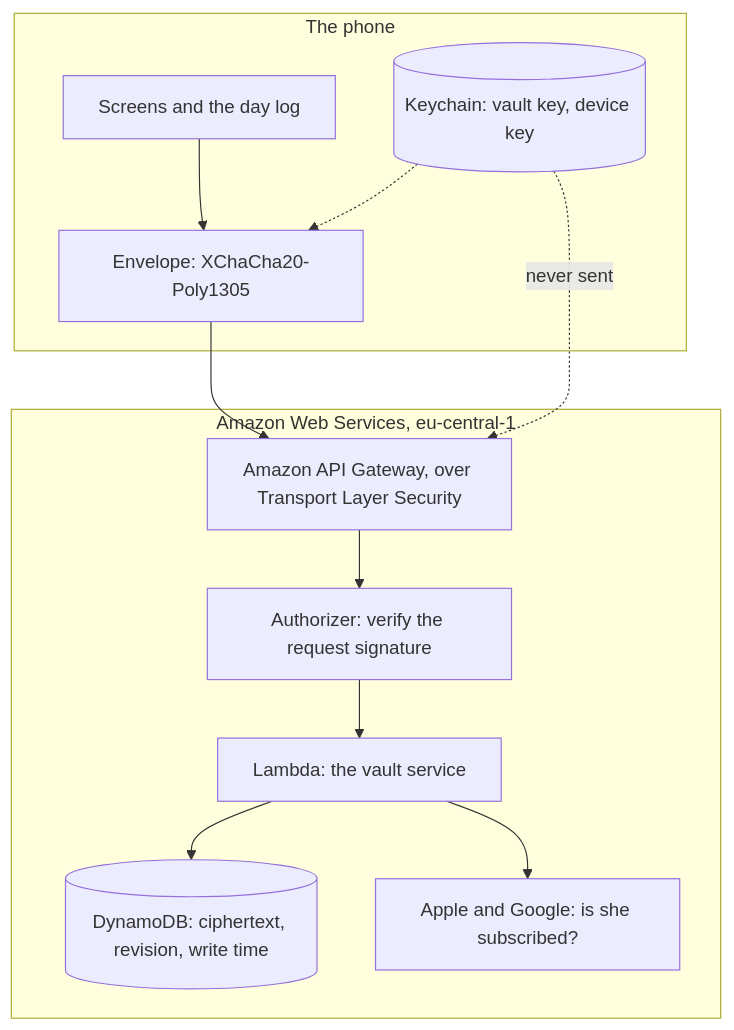
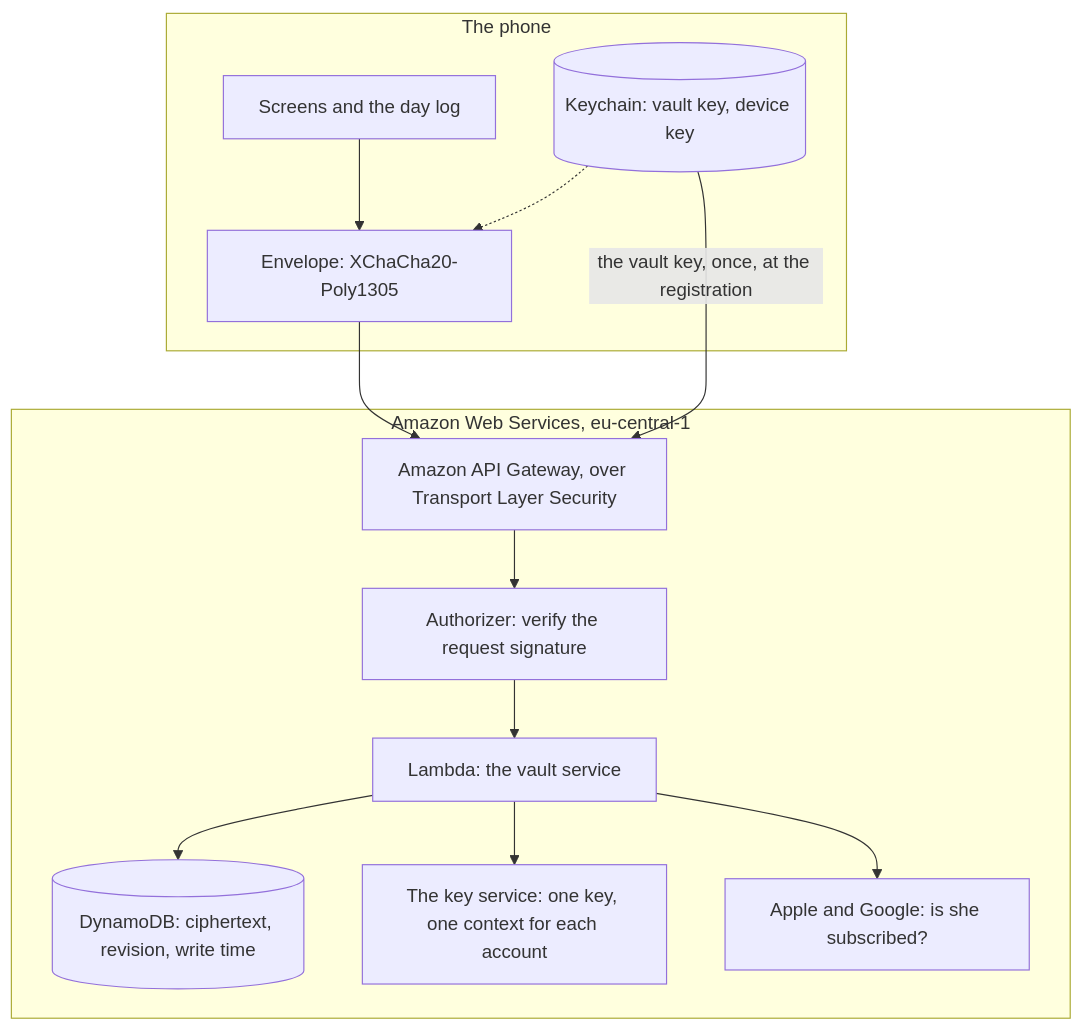
One commit to atlantic-blue/emi changed the second of 2 diagrams in docs/architecture.md. Above: the diagram before and after it, drawn with Mermaid. The commit also changed other lines of this file and 13 other files, not shown here.

````diff
--- a/docs/architecture.md
+++ b/docs/architecture.md
@@ -432,18 +438,19 @@
 ```mermaid
 flowchart TD
   subgraph Phone["The phone"]
     APP["Screens and the day log"]
     ENV["Envelope: XChaCha20-Poly1305"]
     KC[("Keychain: vault key, device key")]
     APP --> ENV
     KC -.-> ENV
   end
   ENV --> GW["Amazon API Gateway, over Transport Layer Security"]
   subgraph Cloud["Amazon Web Services, eu-central-1"]
     GW --> AUTH["Authorizer: verify the request signature"]
     AUTH --> FN["Lambda: the vault service"]
     FN --> DDB[("DynamoDB: ciphertext, revision, write time")]
+    FN --> KMS["The key service: one key, one context for each account"]
     FN --> STORE["Apple and Google: is she subscribed?"]
   end
-  KC -.->|"never sent"| GW
+  KC -->|"the vault key, once, at the registration"| GW
 ```
````
